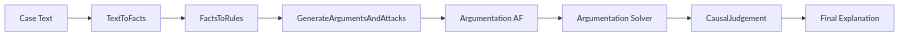
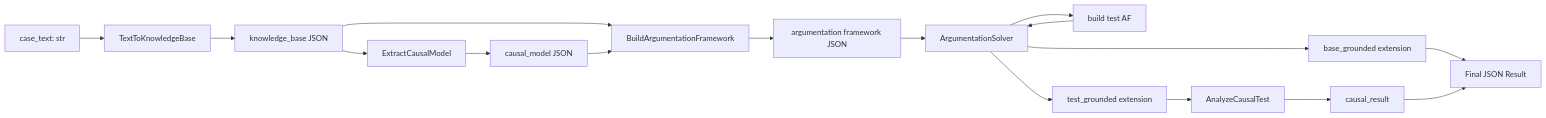
One commit to RafaelN0bre/causal-reasoning-dspy changed the first of 2 diagrams in architecture.md. Above: the diagram before and after it, drawn with Mermaid. The commit also changed other lines of this file and 20 other files, not shown here.

````diff
--- a/architecture.md
+++ b/architecture.md
@@ -58,13 +83,19 @@
 ```mermaid
 flowchart LR
-	A[Case Text]
-	B[TextToFacts]
-	C[FactsToRules]
-	D[GenerateArgumentsAndAttacks]
-	E[Argumentation AF]
-	F[Argumentation Solver]
-	G[CausalJudgement]
-	H[Final Explanation]
-
-	A --> B --> C --> D --> E --> F --> G --> H
+	A[case_text: str] --> B[TextToKnowledgeBase]
+	B --> KB_JSON[knowledge_base JSON]
+	KB_JSON --> C[ExtractCausalModel]
+	C --> MODEL_JSON[causal_model JSON]
+	KB_JSON --> D[BuildArgumentationFramework]
+	MODEL_JSON --> D
+	D --> AF_JSON[argumentation framework JSON]
+	AF_JSON --> E[ArgumentationSolver]
+	E --> BASE_GROUNDED[base_grounded extension]
+	E --> F_test[build test AF]
+	F_test --> E
+	E --> TEST_GROUNDED[test_grounded extension]
+	TEST_GROUNDED --> G[AnalyzeCausalTest]
+	G --> CAUSAL_RESULT[causal_result]
+	BASE_GROUNDED --> H[Final JSON Result]
+	CAUSAL_RESULT --> H
 ```
````
